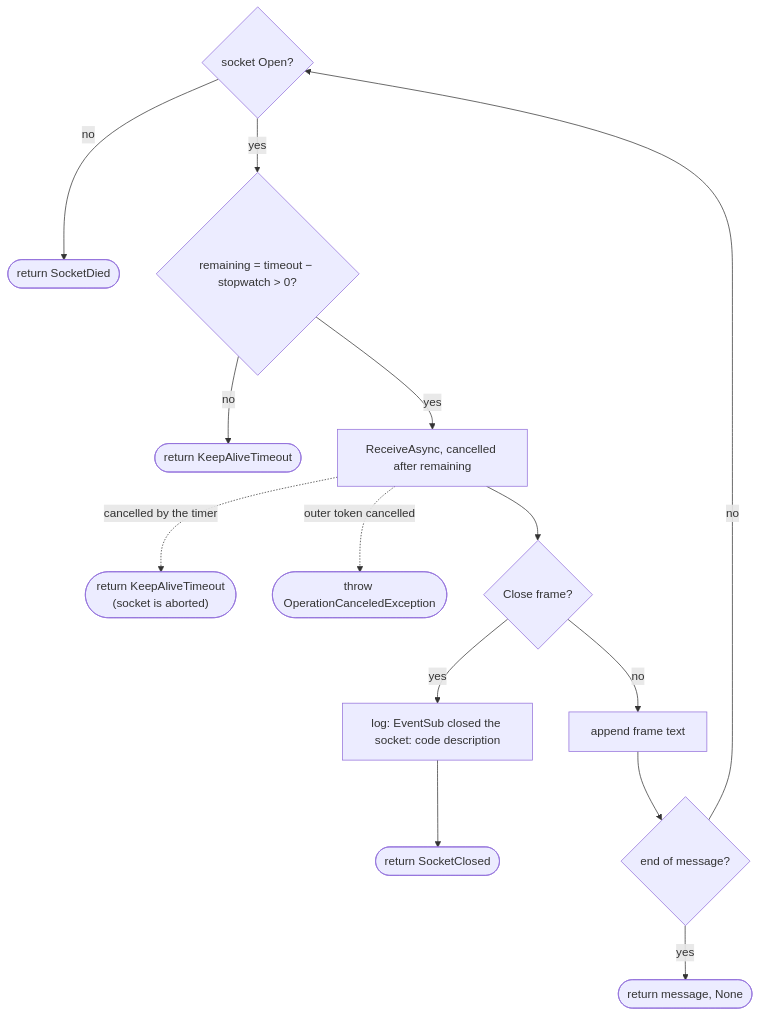
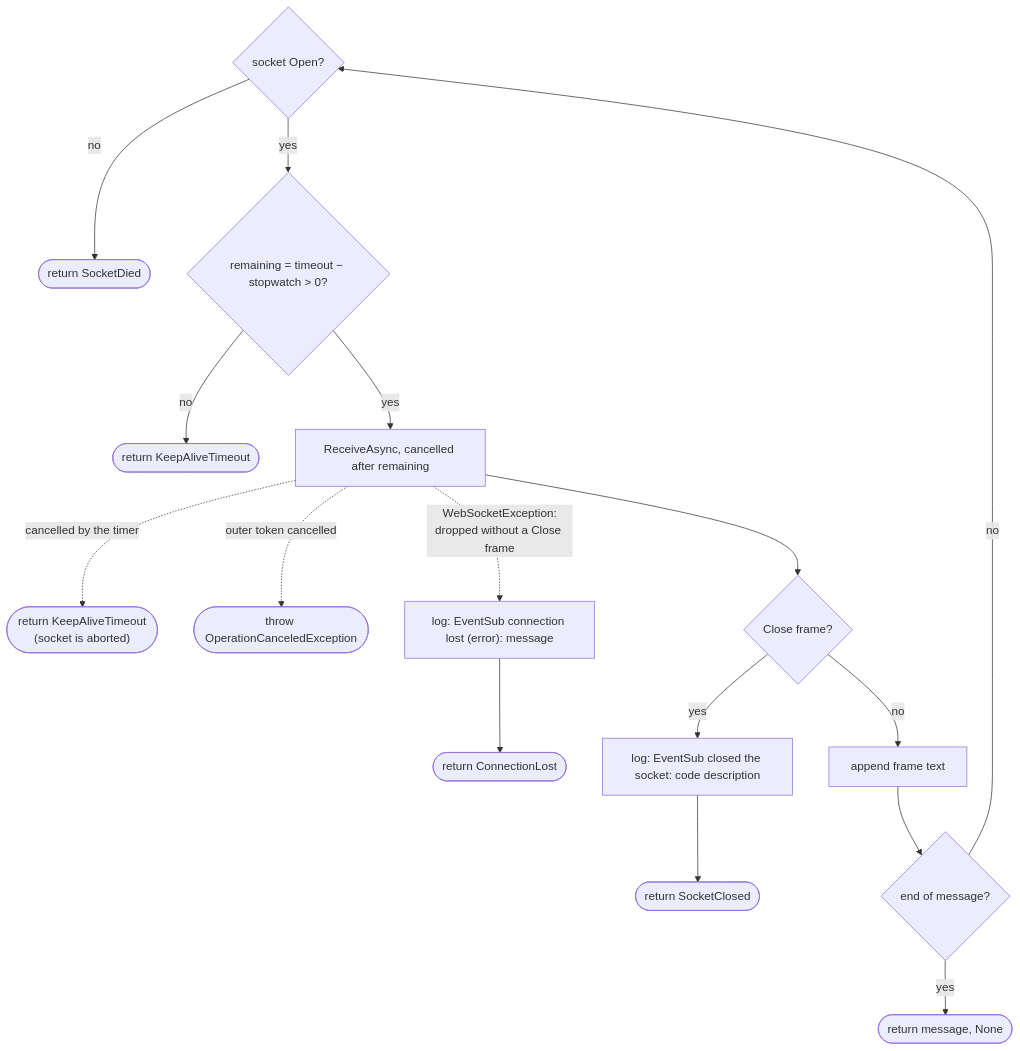
The seventh of 7 diagrams in StreamAssistant2/docs/eventsub-flow.md (lotsofs/StreamAssistant), drawn with Mermaid before and after one commit. The commit also changed other lines of this file and 9 other files, not shown here.

````diff
--- a/StreamAssistant2/docs/eventsub-flow.md
+++ b/StreamAssistant2/docs/eventsub-flow.md
@@ -166,16 +166,17 @@
 ```mermaid
 flowchart TD
     open{"socket Open?"}
     open -- no --> died(["return SocketDied"])
     open -- yes --> rem{"remaining = timeout − stopwatch > 0?"}
     rem -- no --> to(["return KeepAliveTimeout"])
     rem -- yes --> rx["ReceiveAsync, cancelled after remaining"]
     rx -.->|"cancelled by the timer"| to2(["return KeepAliveTimeout<br/>(socket is aborted)"])
     rx -.->|"outer token cancelled"| thr(["throw OperationCanceledException"])
+    rx -.->|"WebSocketException:<br/>dropped without a Close frame"| lost["log: EventSub connection lost (error): message"] --> lostr(["return ConnectionLost"])
     rx --> isclose{"Close frame?"}
     isclose -- yes --> logc["log: EventSub closed the socket: code description"] --> closed(["return SocketClosed"])
     isclose -- no --> append["append frame text"]
     append --> eom{"end of message?"}
     eom -- no --> open
     eom -- yes --> msg(["return message, None"])
 ```
````
